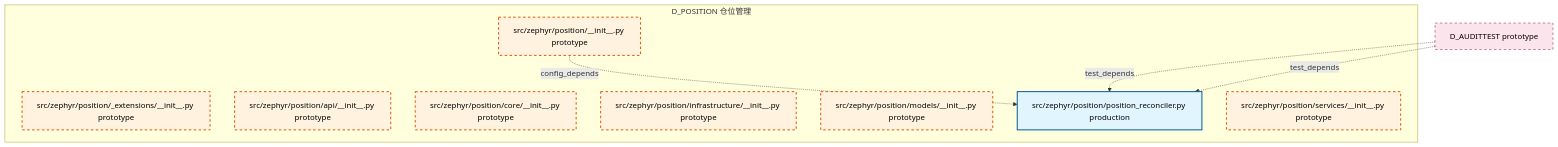
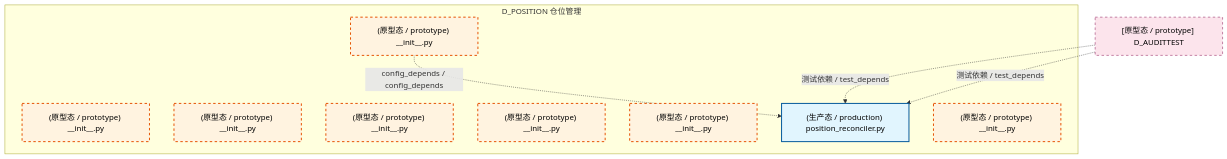
One commit to xuanFelixVan/ZephyrAlpha changed the diagram in docs/02_enterprise_architecture/02_domain_architecture_docs/45_d_position.md. Above: the diagram before and after it, drawn with Mermaid. The commit also changed other lines of this file and 100 other files, not shown here.

````diff
--- a/docs/02_enterprise_architecture/02_domain_architecture_docs/45_d_position.md
+++ b/docs/02_enterprise_architecture/02_domain_architecture_docs/45_d_position.md
@@ -47,24 +49,24 @@
 ```mermaid
 graph TD
     subgraph D_POSITION["D_POSITION 仓位管理"]
-        src_zephyr_position_init_py["src/zephyr/position/__init__.py prototype"]
-        src_zephyr_position_extensions_init_py["src/zephyr/position/_extensions/__init__.py prototype"]
-        src_zephyr_position_api_init_py["src/zephyr/position/api/__init__.py prototype"]
-        src_zephyr_position_core_init_py["src/zephyr/position/core/__init__.py prototype"]
-        src_zephyr_position_infrastructure_init_py["src/zephyr/position/infrastructure/__init__.py prototype"]
-        src_zephyr_position_models_init_py["src/zephyr/position/models/__init__.py prototype"]
-        src_zephyr_position_position_reconciler_py["src/zephyr/position/position_reconciler.py production"]
-        src_zephyr_position_services_init_py["src/zephyr/position/services/__init__.py prototype"]
+        src_zephyr_position_init_py["(原型态 / prototype) __init__.py"]
+        src_zephyr_position_extensions_init_py["(原型态 / prototype) __init__.py"]
+        src_zephyr_position_api_init_py["(原型态 / prototype) __init__.py"]
+        src_zephyr_position_core_init_py["(原型态 / prototype) __init__.py"]
+        src_zephyr_position_infrastructure_init_py["(原型态 / prototype) __init__.py"]
+        src_zephyr_position_models_init_py["(原型态 / prototype) __init__.py"]
+        src_zephyr_position_position_reconciler_py["(生产态 / production) position_reconciler.py"]
+        src_zephyr_position_services_init_py["(原型态 / prototype) __init__.py"]
     end
-    src_zephyr_position_init_py -.->|config_depends| src_zephyr_position_position_reconciler_py
-    D_AUDITTEST["D_AUDITTEST prototype"]
-    D_AUDITTEST -.->|test_depends| src_zephyr_position_position_reconciler_py
-    D_AUDITTEST -.->|test_depends| src_zephyr_position_position_reconciler_py
+    src_zephyr_position_init_py -.->|config_depends / config_depends| src_zephyr_position_position_reconciler_py
+    D_AUDITTEST["[原型态 / prototype] D_AUDITTEST"]
+    D_AUDITTEST -.->|测试依赖 / test_depends| src_zephyr_position_position_reconciler_py
+    D_AUDITTEST -.->|测试依赖 / test_depends| src_zephyr_position_position_reconciler_py
     classDef production fill:#e1f5fe,stroke:#01579b,stroke-width:2px,color:#000
     classDef design fill:#fff3e0,stroke:#e65100,stroke-width:2px,color:#000,stroke-dasharray: 5 5
     classDef external_prod fill:#e8f5e9,stroke:#1b5e20,stroke-width:1px,color:#000
     classDef external_design fill:#fce4ec,stroke:#880e4f,stroke-width:1px,color:#000,stroke-dasharray: 5 5
     class src_zephyr_position_position_reconciler_py production
     class src_zephyr_position_init_py,src_zephyr_position_extensions_init_py,src_zephyr_position_api_init_py,src_zephyr_position_core_init_py,src_zephyr_position_infrastructure_init_py,src_zephyr_position_models_init_py,src_zephyr_position_services_init_py design
     class D_AUDITTEST external_design
 ```
````
